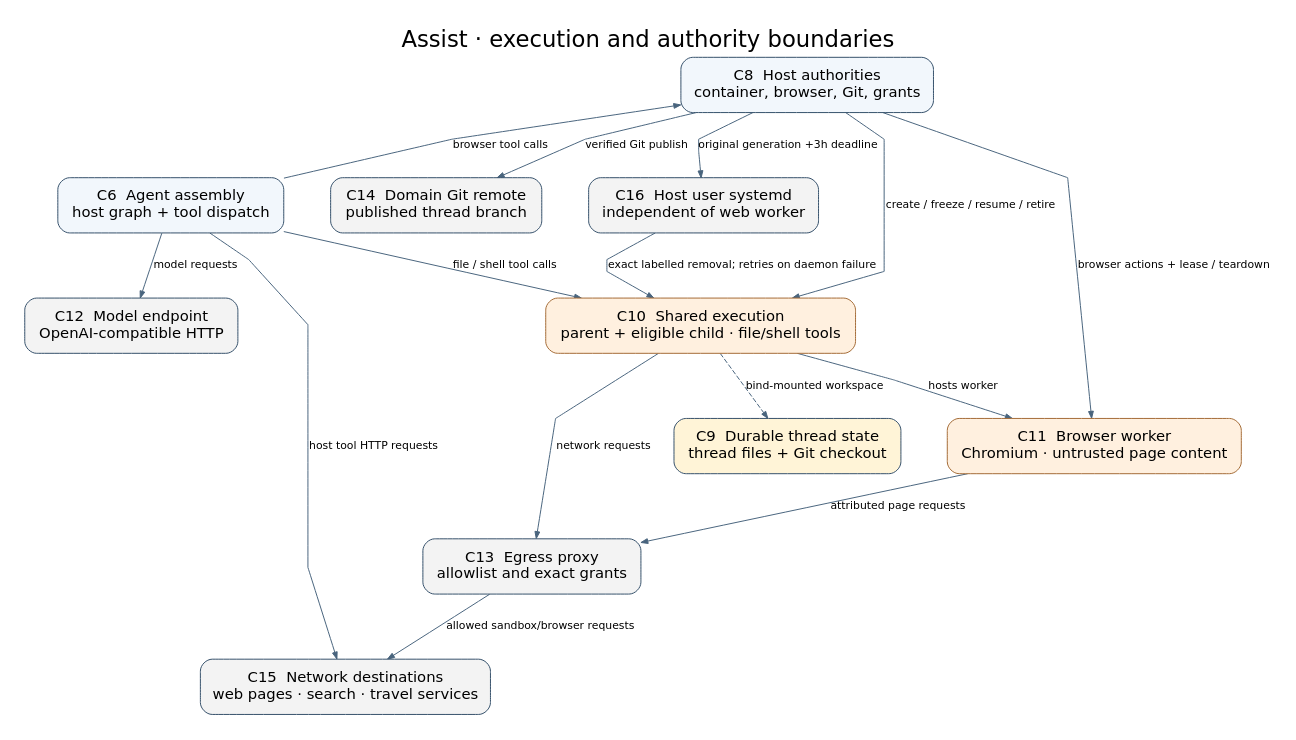
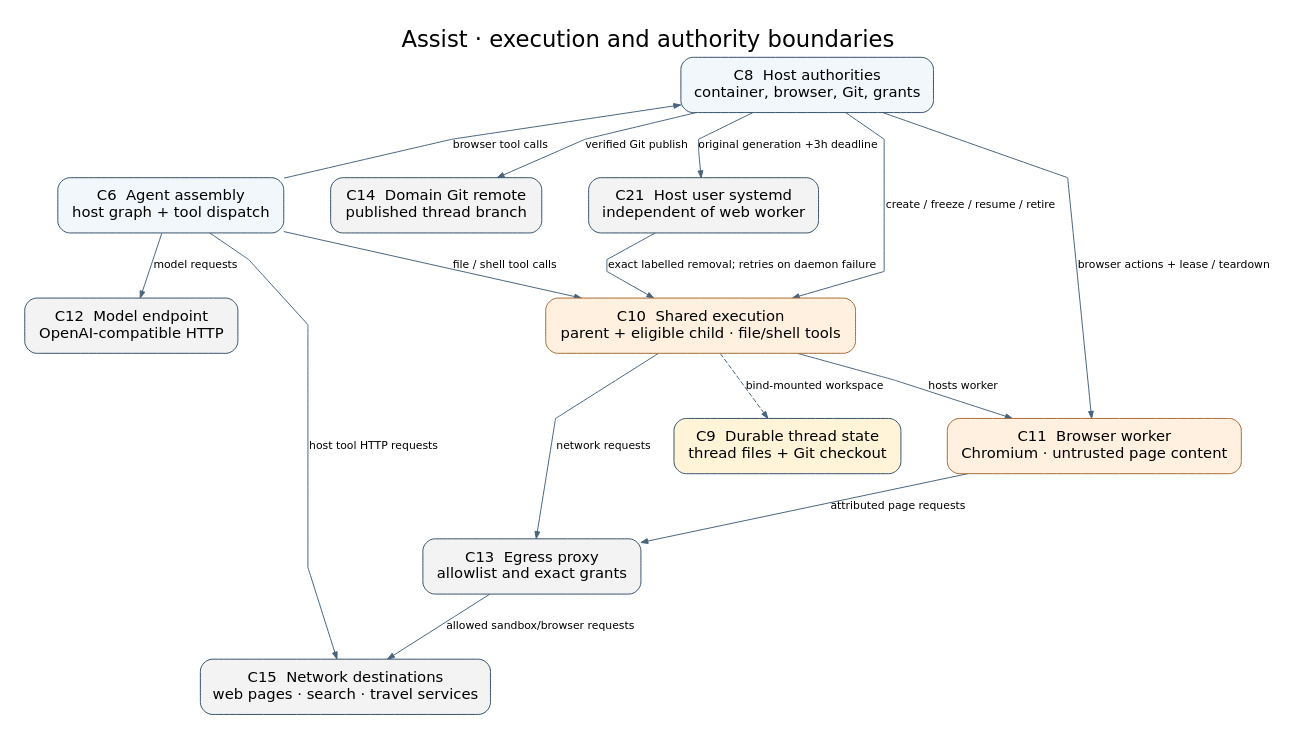
The diagram in docs/architecture-boundaries.dot (pierrel/assist), drawn with Graphviz before and after one commit. The commit also changed 4 other files, not shown here.

Commit message:
Give host expiry a distinct architecture identity

```diff
--- a/docs/architecture-boundaries.dot
+++ b/docs/architecture-boundaries.dot
@@ -1,44 +1,44 @@
 digraph Boundaries {
   graph [label="Assist · execution and authority boundaries", labelloc=t,
          fontname="DejaVu Sans", fontsize=23, bgcolor="white",
          rankdir=TB, pad=0.25, nodesep=0.65, ranksep=0.75,
          splines=polyline, outputorder=edgesfirst];
   node [shape=box, style="rounded,filled", color="#34506a",
         fillcolor="#f2f7fc", fontname="DejaVu Sans", fontsize=15,
         margin="0.20,0.15"];
   edge [fontname="DejaVu Sans", fontsize=11, color="#49647d",
         arrowsize=0.7];
 
   C6 [label="C6  Agent assembly\nhost graph + tool dispatch"];
   C8 [label="C8  Host authorities\ncontainer, browser, Git, grants"];
   C9 [label="C9  Durable thread state\nthread files + Git checkout",
       fillcolor="#fff4d7"];
   C10 [label="C10  Shared execution\nparent + eligible child · file/shell tools",
        fillcolor="#fff0df", color="#a46b36"];
   C11 [label="C11  Browser worker\nChromium · untrusted page content",
        fillcolor="#fff0df", color="#a46b36"];
   C12 [label="C12  Model endpoint\nOpenAI-compatible HTTP",
        fillcolor="#f3f3f3"];
   C13 [label="C13  Egress proxy\nallowlist and exact grants",
        fillcolor="#f3f3f3"];
   C14 [label="C14  Domain Git remote\npublished thread branch",
        fillcolor="#f3f3f3"];
   C15 [label="C15  Network destinations\nweb pages · search · travel services",
        fillcolor="#f3f3f3"];
-  C16 [label="C16  Host user systemd\nindependent of web worker", fillcolor="#f3f3f3"];
+  C21 [label="C21  Host user systemd\nindependent of web worker", fillcolor="#f3f3f3"];
 
   C6 -> C10 [label="file / shell tool calls"];
   C6 -> C8 [label="browser tool calls", constraint=false];
   C6 -> C12 [label="model requests"];
   C6 -> C15 [label="host tool HTTP requests"];
   C8 -> C10 [label="create / freeze / resume / retire"];
-  C8 -> C16 [label="original generation +3h deadline"];
-  C16 -> C10 [label="exact labelled removal; retries on daemon failure"];
+  C8 -> C21 [label="original generation +3h deadline"];
+  C21 -> C10 [label="exact labelled removal; retries on daemon failure"];
   C8 -> C11 [label="browser actions + lease / teardown"];
   C8 -> C14 [label="verified Git publish"];
   C10 -> C11 [label="hosts worker"];
   C10 -> C13 [label="network requests"];
   C11 -> C13 [label="attributed page requests"];
   C13 -> C15 [label="allowed sandbox/browser requests"];
   C10 -> C9 [label="bind-mounted workspace", style=dashed];
 }
```
